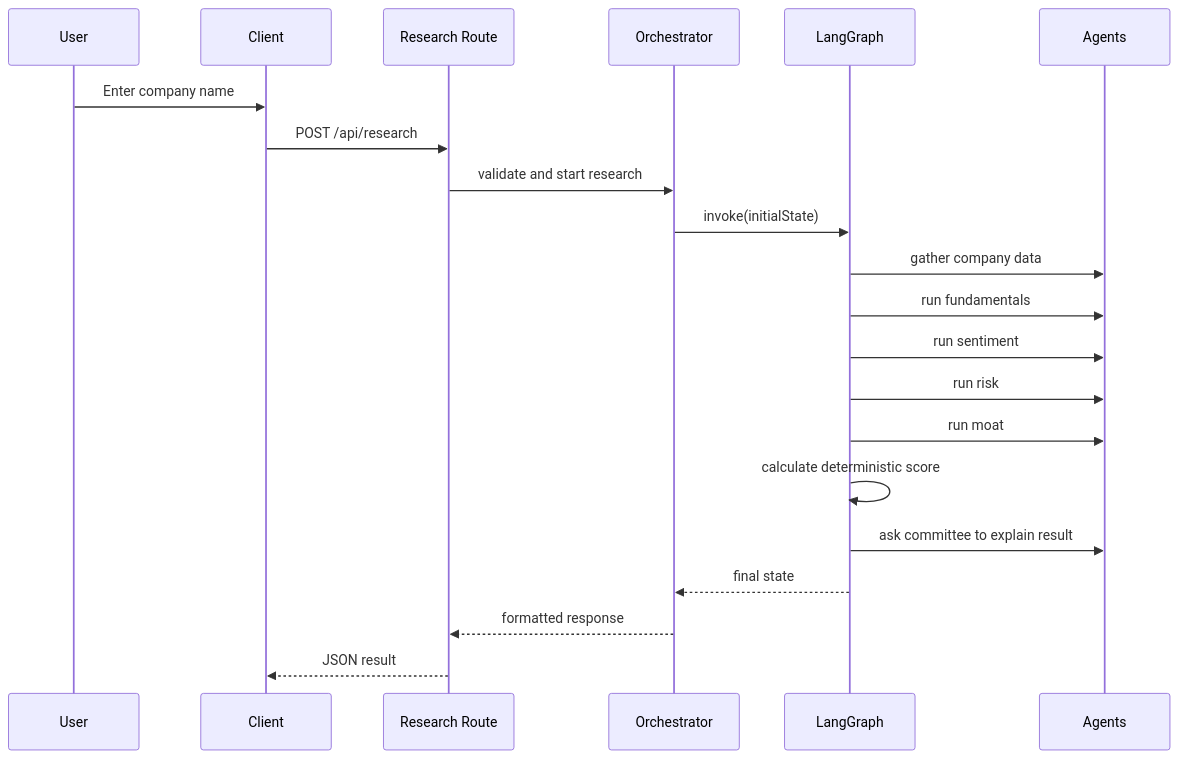
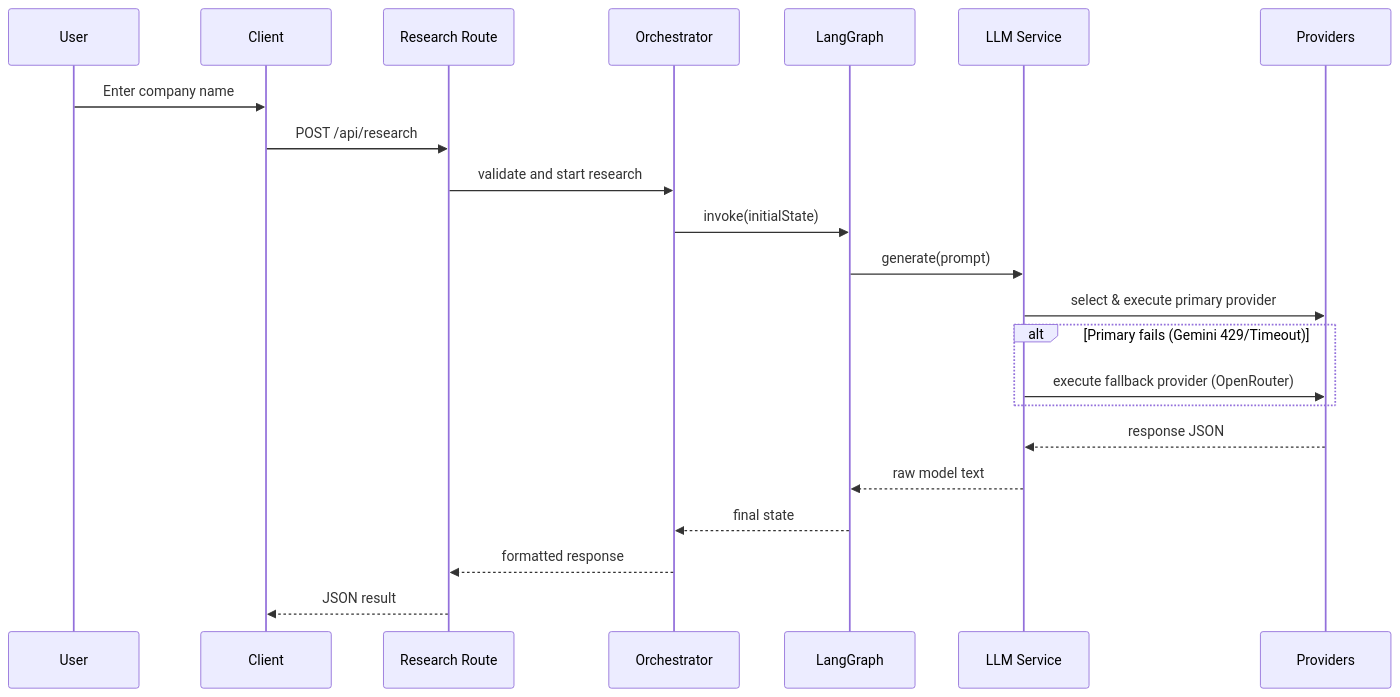
Before and after one commit to kartikch0543/AI-Investment-Research-Agent: the second of 2 diagrams in docs/architecture.md, drawn with Mermaid. The commit also changed other lines of this file and 7 other files, not shown here.

Commit message:
feat(ai): add pluggable LLM provider layer with Gemini and OpenRouter support

````diff
--- a/docs/architecture.md
+++ b/docs/architecture.md
@@ -30,24 +44,25 @@
 ```mermaid
 sequenceDiagram
     participant U as User
     participant C as Client
     participant R as Research Route
     participant O as Orchestrator
     participant G as LangGraph
-    participant A as Agents
+    participant S as LLM Service
+    participant P as Providers
 
     U->>C: Enter company name
     C->>R: POST /api/research
     R->>O: validate and start research
     O->>G: invoke(initialState)
-    G->>A: gather company data
-    G->>A: run fundamentals
-    G->>A: run sentiment
-    G->>A: run risk
-    G->>A: run moat
-    G->>G: calculate deterministic score
-    G->>A: ask committee to explain result
+    G->>S: generate(prompt)
+    S->>P: select & execute primary provider
+    alt Primary fails (Gemini 429/Timeout)
+        S->>P: execute fallback provider (OpenRouter)
+    end
+    P-->>S: response JSON
+    S-->>G: raw model text
     G-->>O: final state
     O-->>R: formatted response
     R-->>C: JSON result
 ```
````
